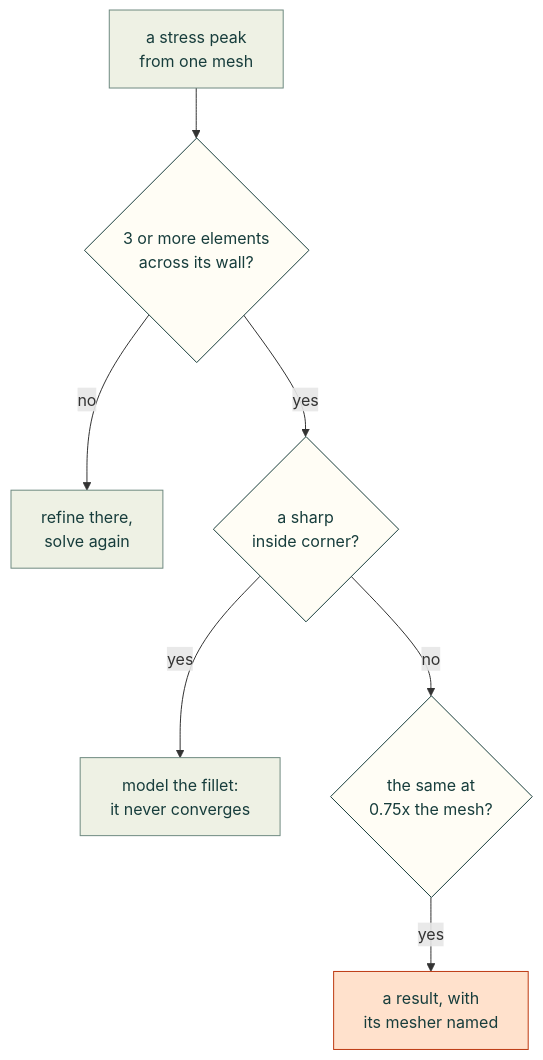
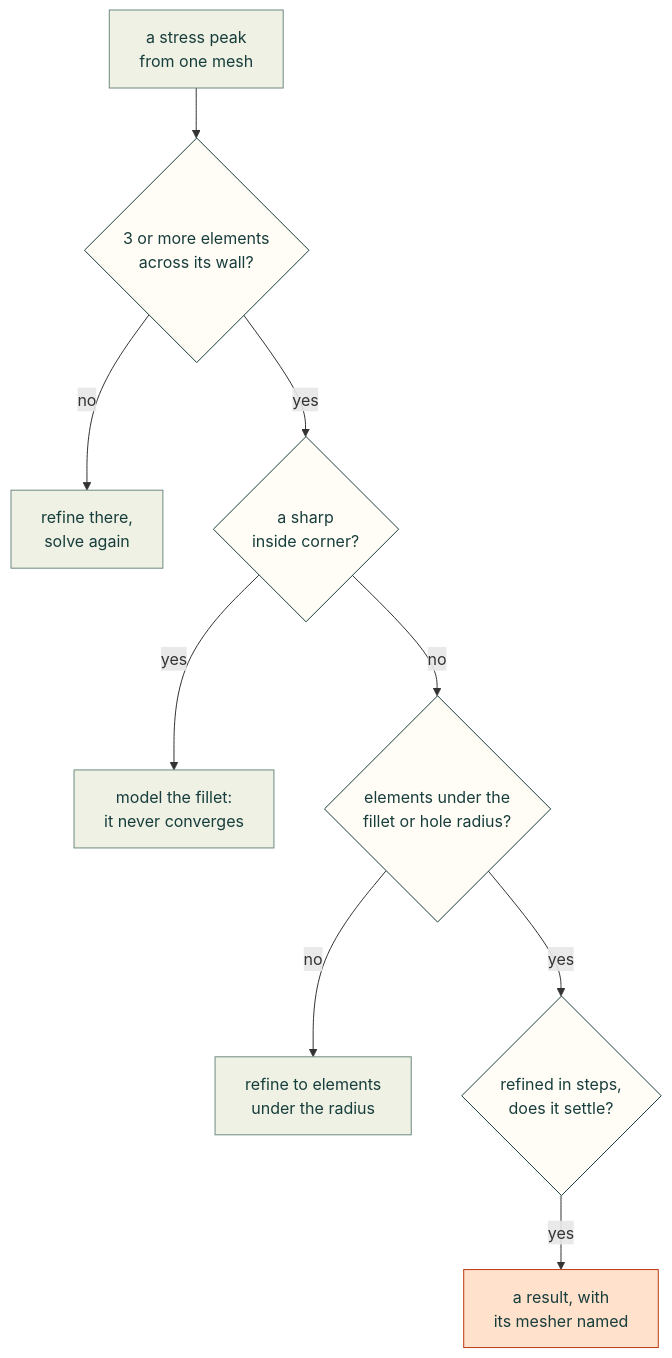
The diagram in lessons/simulation/meshes.md (Valpatel/cad-agent), drawn with Mermaid before and after one commit. The commit also changed other lines of this file and 6 other files, not shown here.

First line of the commit message:
FEA mesh review fixes: radius check at the peak, slivers by width and the largest size, callback without the Study (#144)

````diff
--- a/lessons/simulation/meshes.md
+++ b/lessons/simulation/meshes.md
@@ -3,15 +3,17 @@
 ```mermaid
 flowchart TD
     S["a stress peak<br/>from one mesh"] --> W{"3 or more elements<br/>across its wall?"}
     W -->|"no"| R["refine there,<br/>solve again"]
     W -->|"yes"| C{"a sharp<br/>inside corner?"}
     C -->|"yes"| F["model the fillet:<br/>it never converges"]
-    C -->|"no"| V{"the same at<br/>0.75x the mesh?"}
+    C -->|"no"| E{"elements under the<br/>fillet or hole radius?"}
+    E -->|"no"| Q["refine to elements<br/>under the radius"]
+    E -->|"yes"| V{"refined in steps,<br/>does it settle?"}
     V -->|"yes"| G["a result, with<br/>its mesher named"]
     classDef here fill:#fffdf5,stroke:#173d3c,color:#173d3c
     classDef near fill:#eef1e4,stroke:#6f8a80,color:#173d3c
     classDef out fill:#ffe1cc,stroke:#bd3a12,color:#173d3c
-    class W,C,V here
-    class S,R,F near
+    class W,C,E,V here
+    class S,R,F,Q near
     class G out
 ```
````
